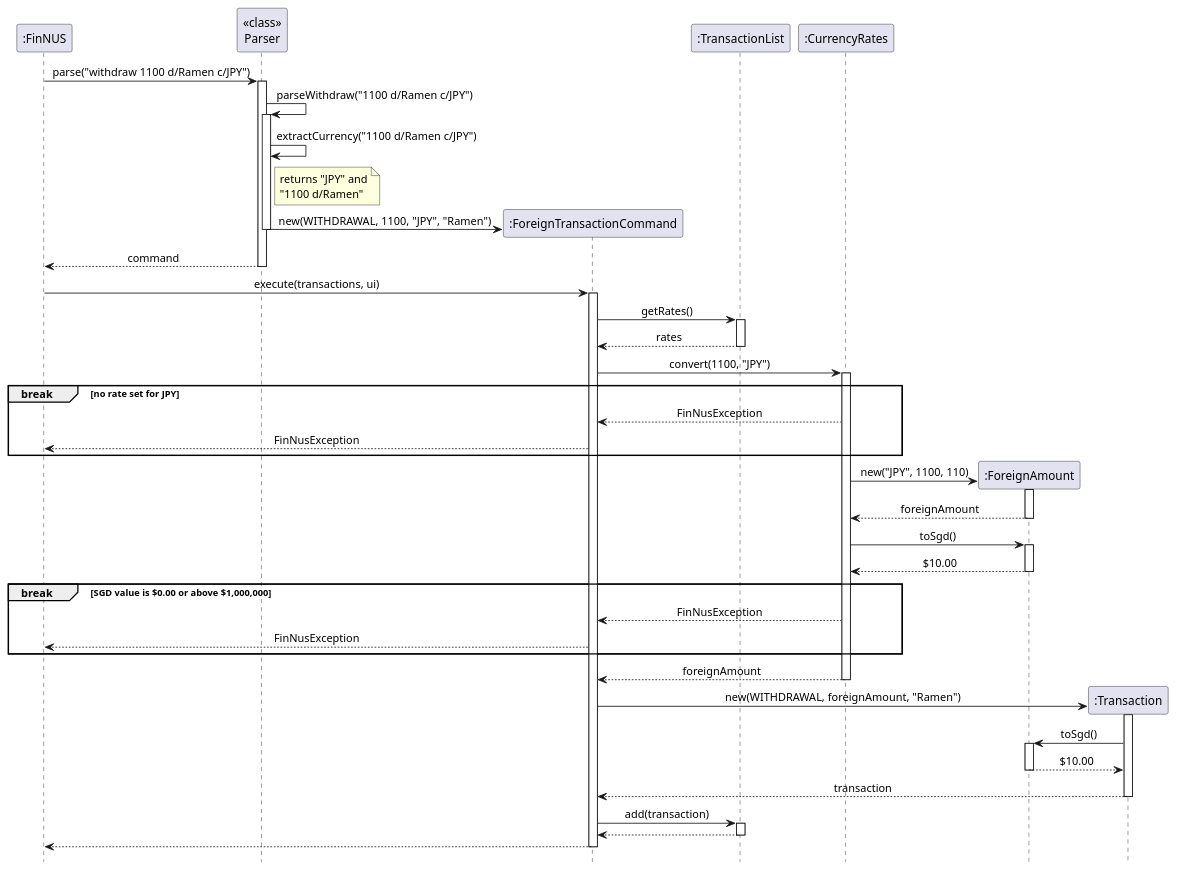
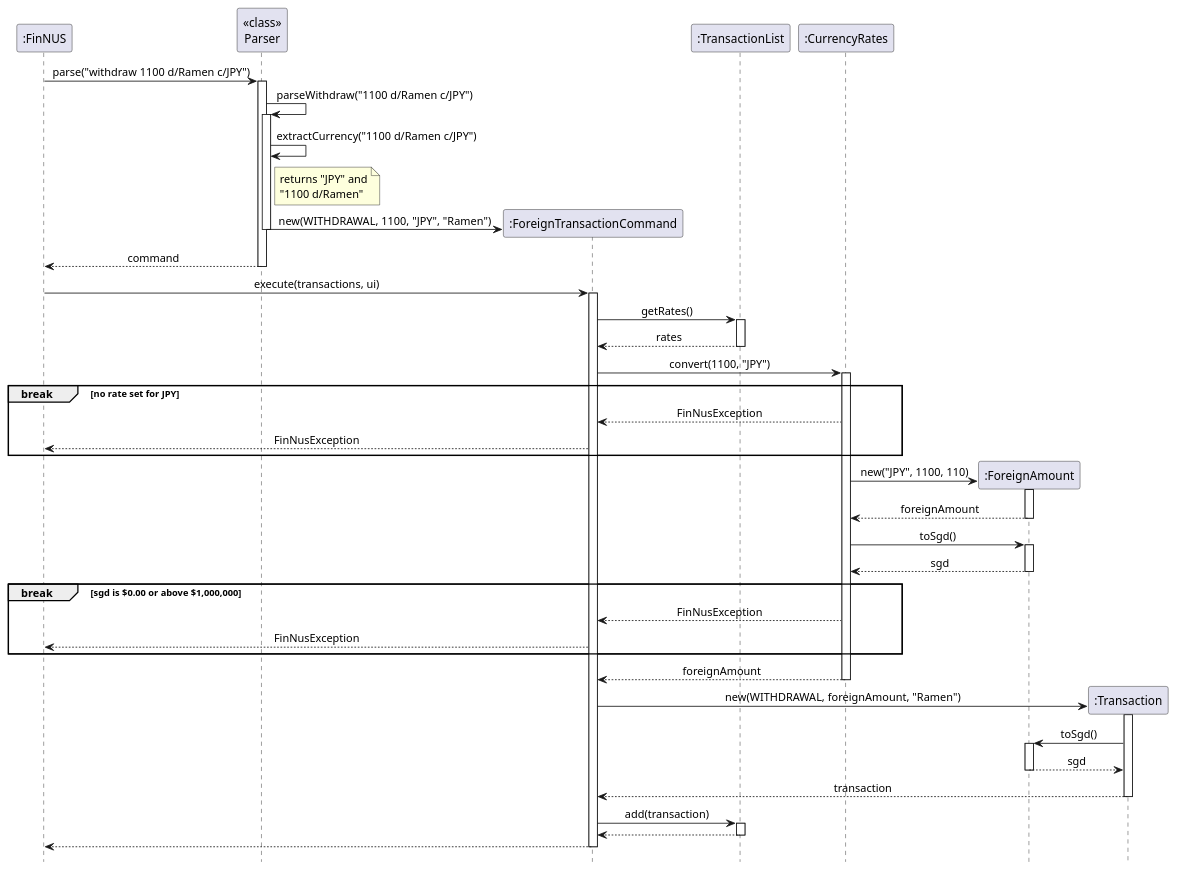
The diagram in docs/diagrams/ForeignTransactionSequenceDiagram.puml (AY2627S1-CS2113-W13-2/tp), drawn with PlantUML before and after one commit. The commit also changed 1 other file, not shown here.

Commit message:
Use a variable for the SGD value in the diagram
A fixed $10.00 result could never trigger the range error shown right after it.

```diff
--- a/docs/diagrams/ForeignTransactionSequenceDiagram.puml
+++ b/docs/diagrams/ForeignTransactionSequenceDiagram.puml
@@ -1,78 +1,78 @@
 @startuml
 ' Sequence diagram for "withdraw 1100 d/Ramen c/JPY".
 ' Logging, console output, input validation and saving are left out to focus on the objects involved.
 hide footbox
 skinparam shadowing false
 skinparam sequenceMessageAlign center
 
 participant ":FinNUS" as FinNUS
 participant "<<class>>\nParser" as Parser
 participant ":ForeignTransactionCommand" as Command
 participant ":TransactionList" as TransactionList
 participant ":CurrencyRates" as CurrencyRates
 participant ":ForeignAmount" as ForeignAmount
 participant ":Transaction" as Transaction
 
 FinNUS -> Parser : parse("withdraw 1100 d/Ramen c/JPY")
 activate Parser
 Parser -> Parser : parseWithdraw("1100 d/Ramen c/JPY")
 activate Parser
 Parser -> Parser : extractCurrency("1100 d/Ramen c/JPY")
 note right of Parser : returns "JPY" and\n"1100 d/Ramen"
 create Command
 Parser -> Command : new(WITHDRAWAL, 1100, "JPY", "Ramen")
 deactivate Parser
 Parser --> FinNUS : command
 deactivate Parser
 
 FinNUS -> Command : execute(transactions, ui)
 activate Command
 Command -> TransactionList : getRates()
 activate TransactionList
 TransactionList --> Command : rates
 deactivate TransactionList
 
 Command -> CurrencyRates : convert(1100, "JPY")
 activate CurrencyRates
 
 break no rate set for JPY
     CurrencyRates --> Command : FinNusException
     Command --> FinNUS : FinNusException
 end
 
 create ForeignAmount
 CurrencyRates -> ForeignAmount : new("JPY", 1100, 110)
 activate ForeignAmount
 ForeignAmount --> CurrencyRates : foreignAmount
 deactivate ForeignAmount
 CurrencyRates -> ForeignAmount : toSgd()
 activate ForeignAmount
-ForeignAmount --> CurrencyRates : $10.00
+ForeignAmount --> CurrencyRates : sgd
 deactivate ForeignAmount
 
-break SGD value is $0.00 or above $1,000,000
+break sgd is $0.00 or above $1,000,000
     CurrencyRates --> Command : FinNusException
     Command --> FinNUS : FinNusException
 end
 
 CurrencyRates --> Command : foreignAmount
 deactivate CurrencyRates
 
 create Transaction
 Command -> Transaction : new(WITHDRAWAL, foreignAmount, "Ramen")
 activate Transaction
 Transaction -> ForeignAmount : toSgd()
 activate ForeignAmount
-ForeignAmount --> Transaction : $10.00
+ForeignAmount --> Transaction : sgd
 deactivate ForeignAmount
 Transaction --> Command : transaction
 deactivate Transaction
 
 Command -> TransactionList : add(transaction)
 activate TransactionList
 TransactionList --> Command
 deactivate TransactionList
 
 Command --> FinNUS
 deactivate Command
 @enduml
```
